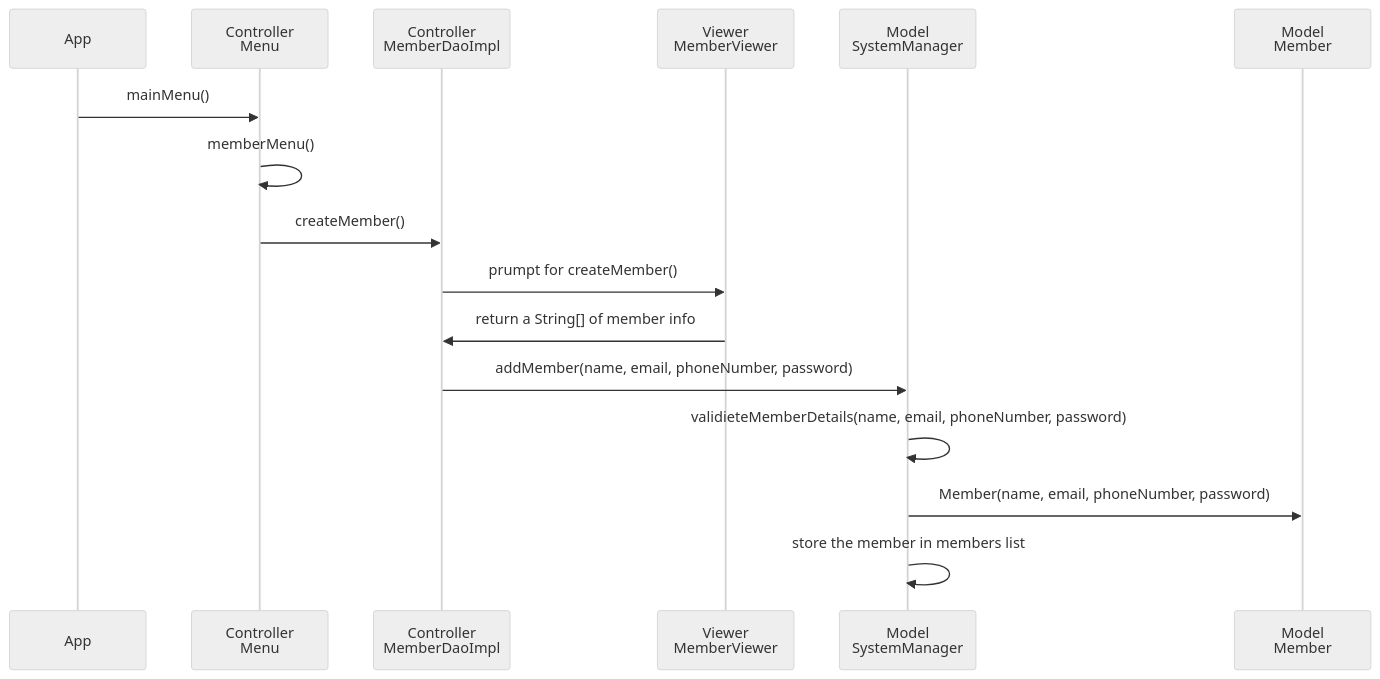
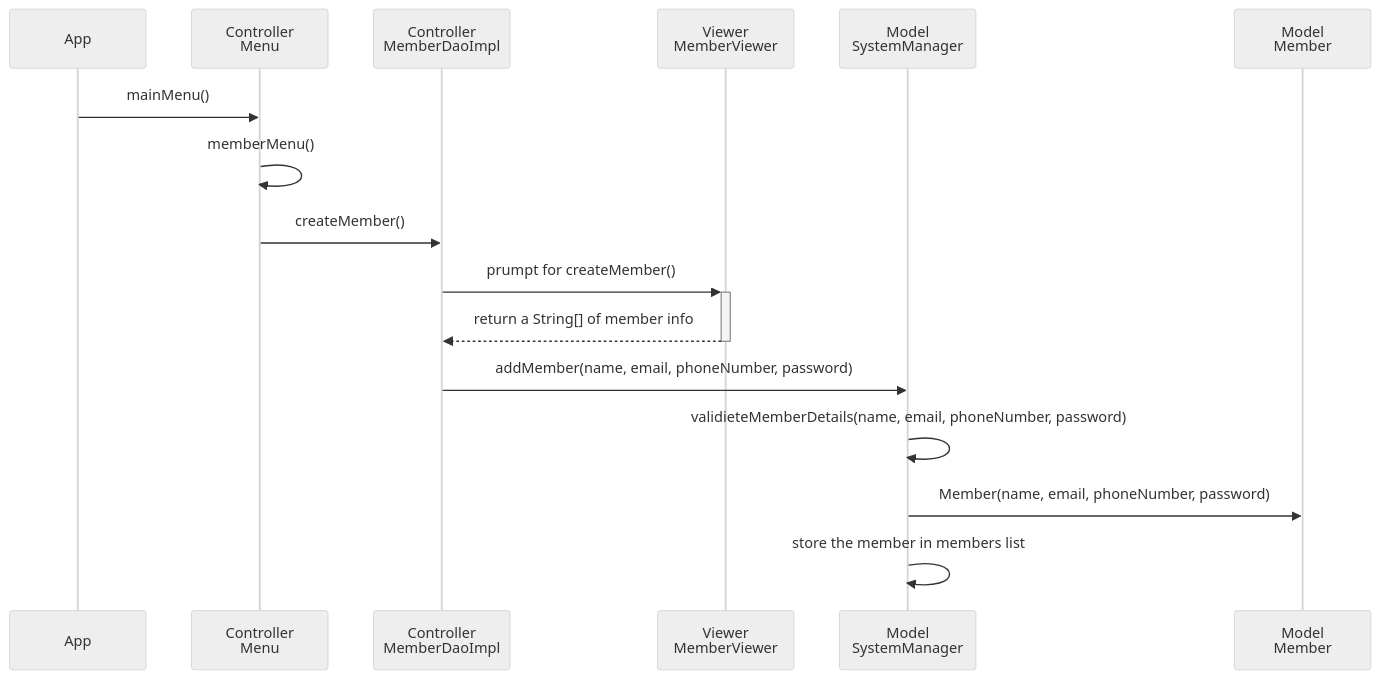
Before and after one commit to ashkar99/Stuff-Lending-System: the fifth of 5 diagrams in design.md, drawn with Mermaid (neutral theme).

Commit message:
Update file design.md

`````diff
--- a/design.md
+++ b/design.md
@@ -413,21 +413,21 @@
 ```mermaid
 sequenceDiagram
     participant App as App 
     participant Menu as Controller <br/> Menu
     participant MC as Controller <br/> MemberDaoImpl 
     participant MV as Viewer <br/> MemberViewer
     participant SM as  Model <br/> SystemManager
     participant M as Model <br/> Member
     
     %% Scenario: Add a new third member with user input and database interaction
     App->> Menu: mainMenu()
     Menu->>Menu: memberMenu()
     Menu->>MC: createMember()
-    MC->>MV: prumpt for createMember()
-    MV->>MC: return a String[] of member info
+    MC->>+MV: prumpt for createMember()
+    MV-->>-MC: return a String[] of member info
     MC->>SM: addMember(name, email, phoneNumber, password) 
     SM->>SM: validieteMemberDetails(name, email, phoneNumber, password) 
     SM->>M: Member(name, email, phoneNumber, password)
     SM->>SM: store the member in members list
 
 ````
`````
